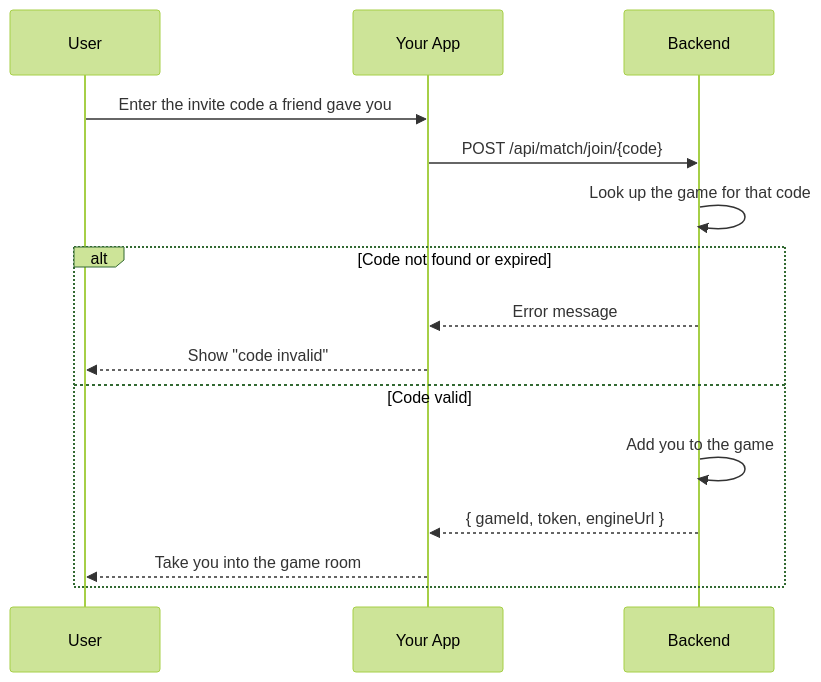
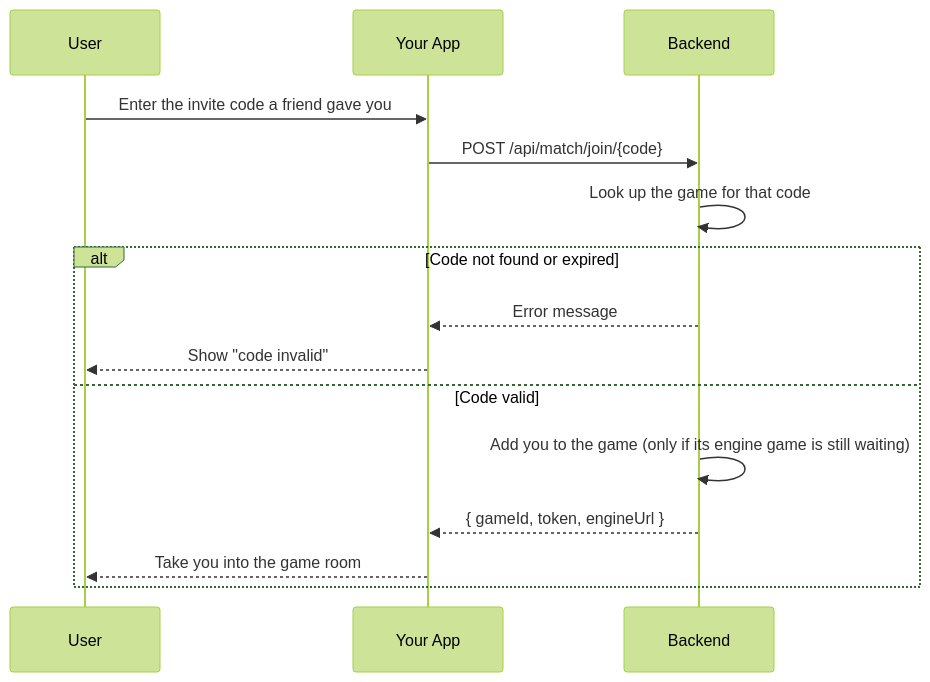
Before and after one commit to J00ZzZ/ft_transcendence: the third of 4 diagrams in docs/backend/backend-match-module.md, drawn with Mermaid (forest theme). The commit also changed other lines of this file and 30 other files, not shown here.

````diff
--- a/docs/backend/backend-match-module.md
+++ b/docs/backend/backend-match-module.md
@@ -173,18 +190,18 @@
 ```mermaid
 sequenceDiagram
     participant User
     participant Site as Your App
     participant Server as Backend
 
     User->>Site: Enter the invite code a friend gave you
     Site->>Server: POST /api/match/join/{code}
     Server->>Server: Look up the game for that code
     alt Code not found or expired
         Server-->>Site: Error message
         Site-->>User: Show "code invalid"
     else Code valid
-        Server->>Server: Add you to the game
+        Server->>Server: Add you to the game (only if its engine game is still waiting)
         Server-->>Site: { gameId, token, engineUrl }
         Site-->>User: Take you into the game room
     end
 ```
````
